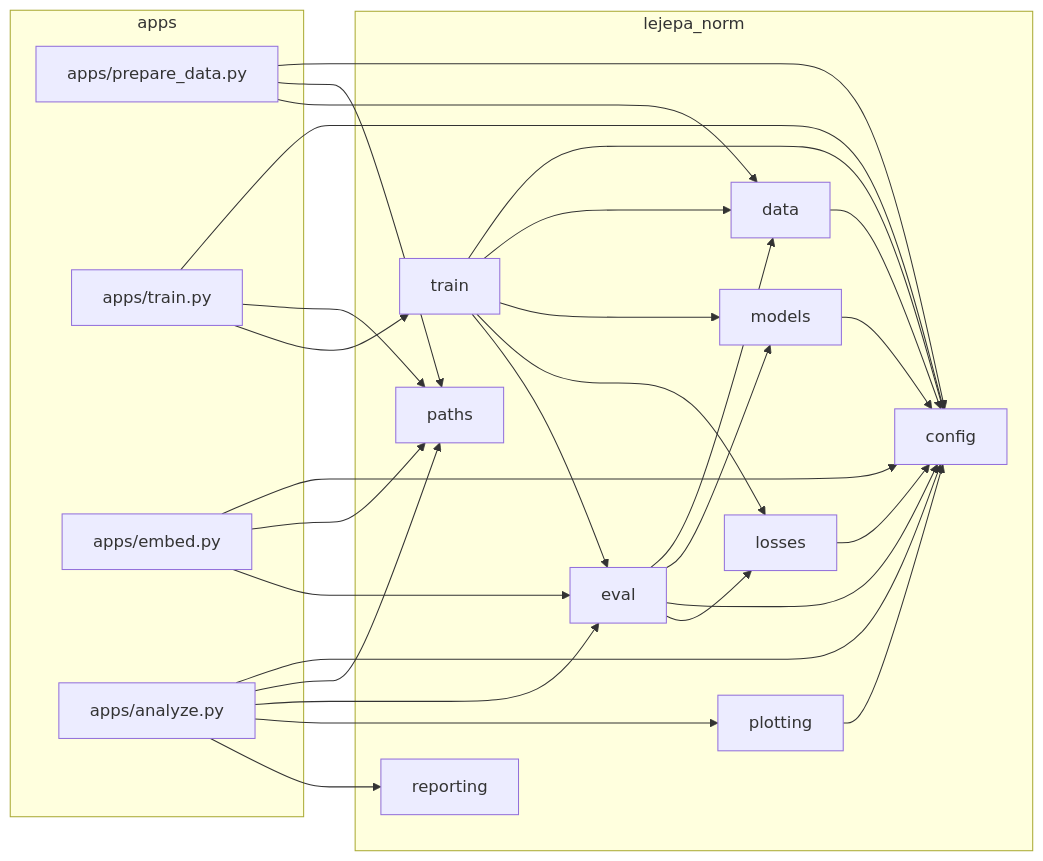
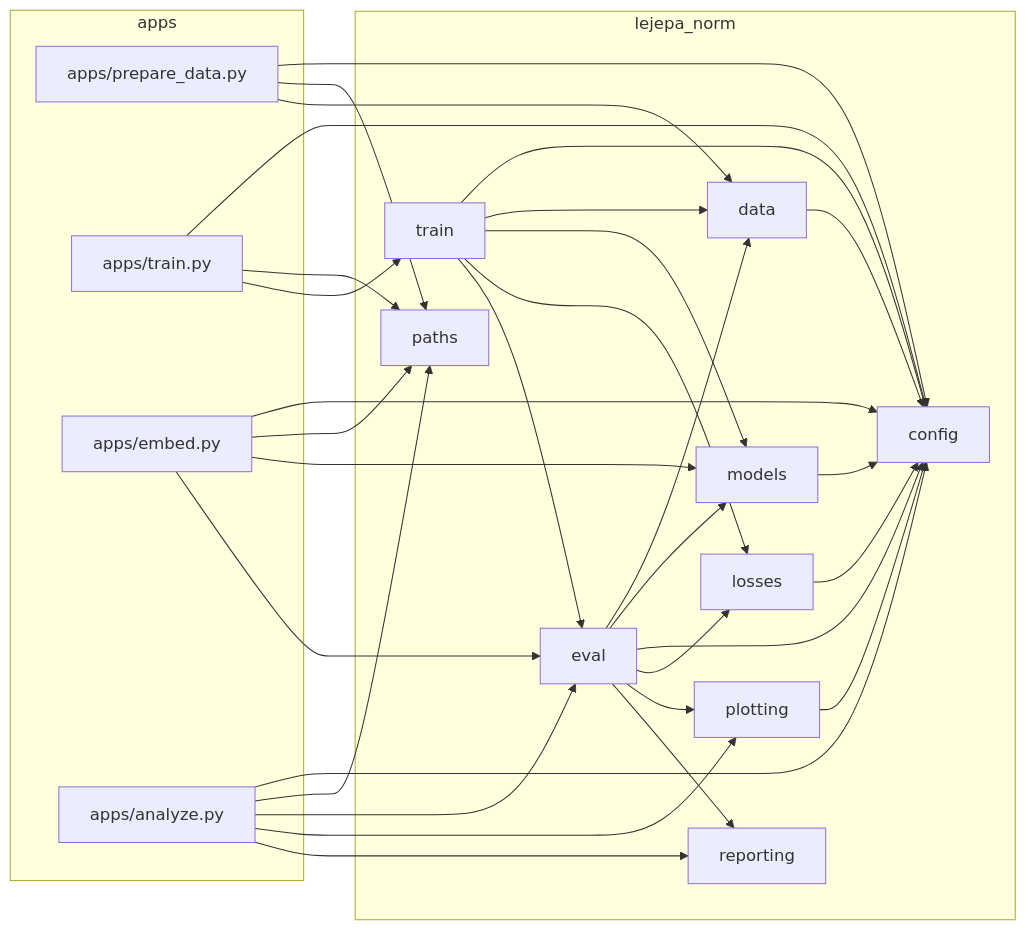
Before and after one commit to Dant86/lejepa_norm: the first of 2 diagrams in docs/architecture.md, drawn with Mermaid. The commit also changed other lines of this file and 16 other files, not shown here.

````diff
--- a/docs/architecture.md
+++ b/docs/architecture.md
@@ -10,47 +10,50 @@
 ```mermaid
 graph LR
     subgraph apps
         PD["apps/prepare_data.py"]
         TR["apps/train.py"]
         EM["apps/embed.py"]
         AN["apps/analyze.py"]
     end
     subgraph lejepa_norm
         CFG["config"]
         PTH["paths"]
         DATA["data"]
         MOD["models"]
         LOSS["losses"]
         TRAIN["train"]
         EVAL["eval"]
         PLOT["plotting"]
         REP["reporting"]
     end
     PD --> CFG
     PD --> PTH
     PD --> DATA
     TR --> CFG
     TR --> PTH
     TR --> TRAIN
     EM --> CFG
     EM --> PTH
+    EM --> MOD
     EM --> EVAL
     AN --> CFG
     AN --> PTH
     AN --> EVAL
     AN --> PLOT
     AN --> REP
     TRAIN --> CFG
     TRAIN --> DATA
     TRAIN --> MOD
     TRAIN --> LOSS
     TRAIN --> EVAL
     EVAL --> DATA
     EVAL --> MOD
     EVAL --> CFG
     EVAL --> LOSS
+    EVAL --> PLOT
+    EVAL --> REP
     DATA --> CFG
     MOD --> CFG
     LOSS --> CFG
     PLOT --> CFG
 ```
````
